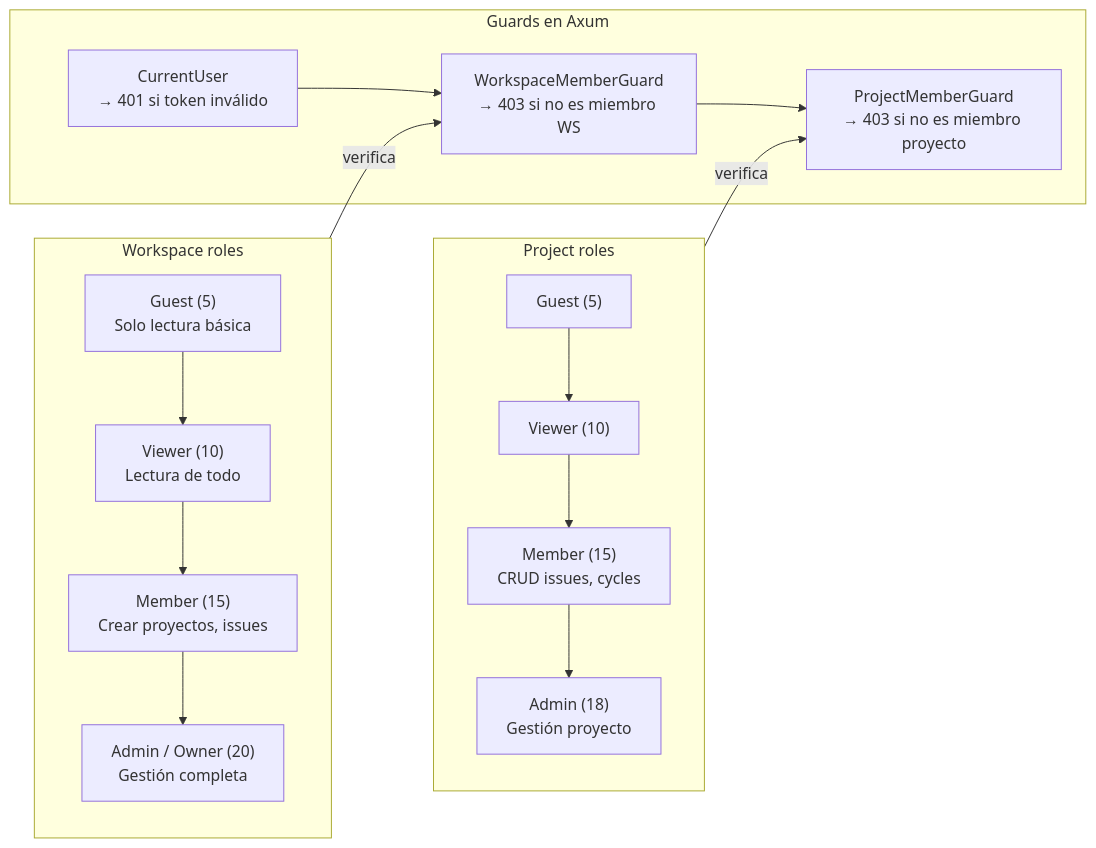
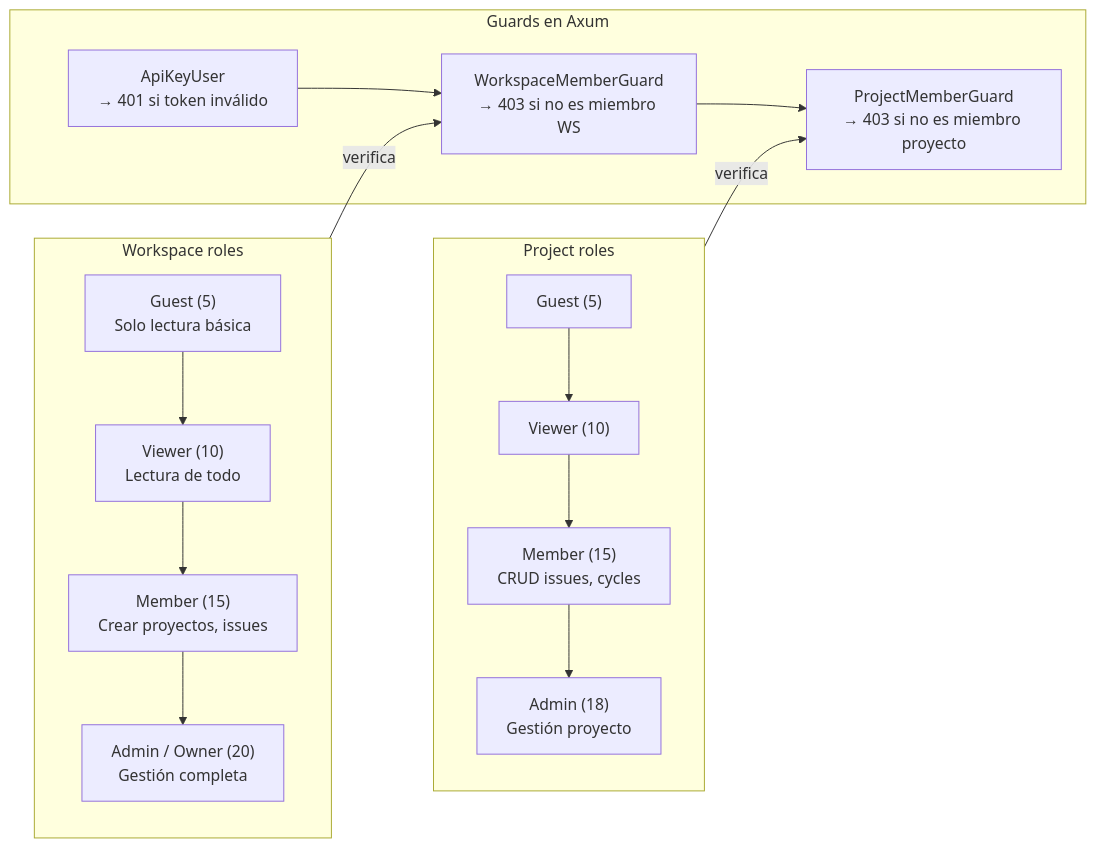
Before and after one commit to codecsrayo/plane: the fifth of 7 diagrams in docs/api-rust/ref-diagramas-flujo.md, drawn with Mermaid. The commit also changed other lines of this file and 10 other files, not shown here.

Commit message:
docs(api-rust): alinear referencias tras eliminar CurrentUser

````diff
--- a/docs/api-rust/ref-diagramas-flujo.md
+++ b/docs/api-rust/ref-diagramas-flujo.md
@@ -159,28 +159,28 @@
 ```mermaid
 flowchart LR
     subgraph WS_ROLES["Workspace roles"]
         WR1["Guest (5)\nSolo lectura básica"]
         WR2["Viewer (10)\nLectura de todo"]
         WR3["Member (15)\nCrear proyectos, issues"]
         WR4["Admin / Owner (20)\nGestión completa"]
         WR1 --> WR2 --> WR3 --> WR4
     end
 
     subgraph PJ_ROLES["Project roles"]
         PR1["Guest (5)"]
         PR2["Viewer (10)"]
         PR3["Member (15)\nCRUD issues, cycles"]
         PR4["Admin (18)\nGestión proyecto"]
         PR1 --> PR2 --> PR3 --> PR4
     end
 
     subgraph GUARDS["Guards en Axum"]
-        GU1["CurrentUser\n→ 401 si token inválido"]
+        GU1["ApiKeyUser\n→ 401 si token inválido"]
         GU2["WorkspaceMemberGuard\n→ 403 si no es miembro WS"]
         GU3["ProjectMemberGuard\n→ 403 si no es miembro proyecto"]
         GU1 --> GU2 --> GU3
     end
 
     WS_ROLES -- "verifica" --> GU2
     PJ_ROLES -- "verifica" --> GU3
 ```
````
